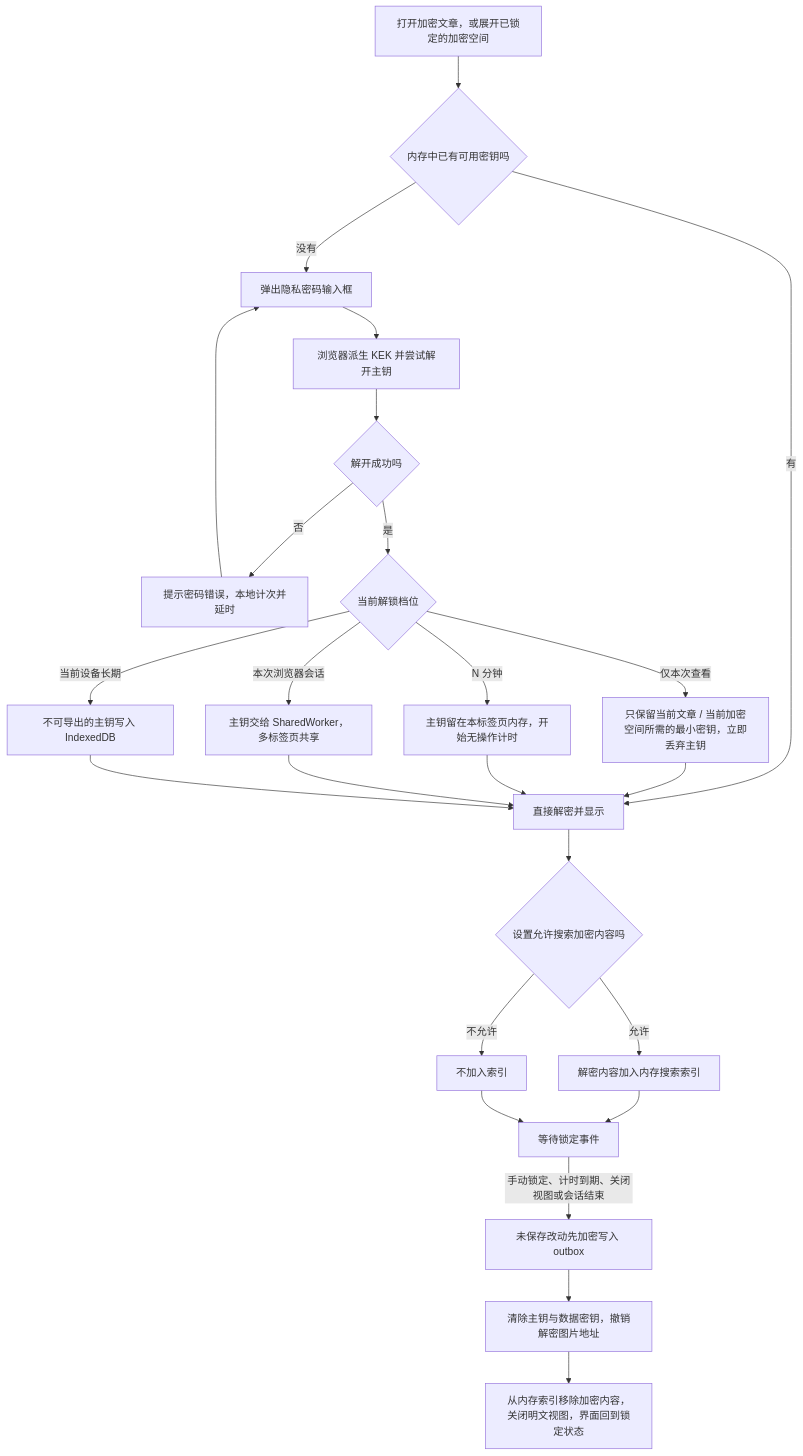
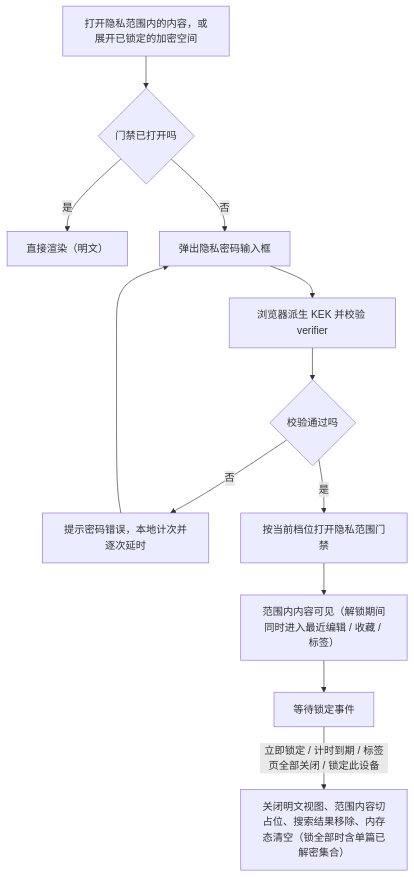
One commit to maxxie6418/MeNote changed the second of 3 diagrams in wiki/Menote-设计文档-v7.4.md. Above: the diagram before and after it, drawn with Mermaid. The commit also changed other lines of this file and 10 other files, not shown here.

````diff
--- a/wiki/Menote-设计文档-v7.4.md
+++ b/wiki/Menote-设计文档-v7.4.md
@@ -421,27 +428,14 @@
 ```mermaid
 flowchart TD
-    A["打开加密文章，或展开已锁定的加密空间"] --> B{"内存中已有可用密钥吗"}
-    B -->|"有"| F["直接解密并显示"]
-    B -->|"没有"| C["弹出隐私密码输入框"]
-    C --> D["浏览器派生 KEK 并尝试解开主钥"]
-    D --> E{"解开成功吗"}
-    E -->|"否"| E1["提示密码错误，本地计次并延时"]
+    A["打开隐私范围内的内容，或展开已锁定的加密空间"] --> B{"门禁已打开吗"}
+    B -->|"是"| F["直接渲染（明文）"]
+    B -->|"否"| C["弹出隐私密码输入框"]
+    C --> D["浏览器派生 KEK 并校验 verifier"]
+    D --> E{"校验通过吗"}
+    E -->|"否"| E1["提示密码错误，本地计次并逐次延时"]
     E1 --> C
-    E -->|"是"| G{"当前解锁档位"}
-    G -->|"仅本次查看"| H1["只保留当前文章 / 当前加密空间所需的最小密钥，立即丢弃主钥"]
-    G -->|"N 分钟"| H2["主钥留在本标签页内存，开始无操作计时"]
-    G -->|"本次浏览器会话"| H3["主钥交给 SharedWorker，多标签页共享"]
-    G -->|"当前设备长期"| H4["不可导出的主钥写入 IndexedDB"]
-    H1 --> F
-    H2 --> F
-    H3 --> F
-    H4 --> F
-    F --> S{"设置允许搜索加密内容吗"}
-    S -->|"允许"| S1["解密内容加入内存搜索索引"]
-    S -->|"不允许"| S2["不加入索引"]
-    S1 --> L["等待锁定事件"]
-    S2 --> L
-    L -->|"手动锁定、计时到期、关闭视图或会话结束"| M["未保存改动先加密写入 outbox"]
-    M --> N["清除主钥与数据密钥，撤销解密图片地址"]
-    N --> O["从内存索引移除加密内容，关闭明文视图，界面回到锁定状态"]
+    E -->|"是"| G["按当前档位打开隐私范围门禁"]
+    G --> H["范围内内容可见（解锁期间同时进入最近编辑 / 收藏 / 标签）"]
+    H --> L["等待锁定事件"]
+    L -->|"立即锁定 / 计时到期 / 标签页全部关闭 / 锁定此设备"| O["关闭明文视图、范围内容切占位、搜索结果移除、内存态清空（锁全部时含单篇已解密集合）"]
 ```
````
